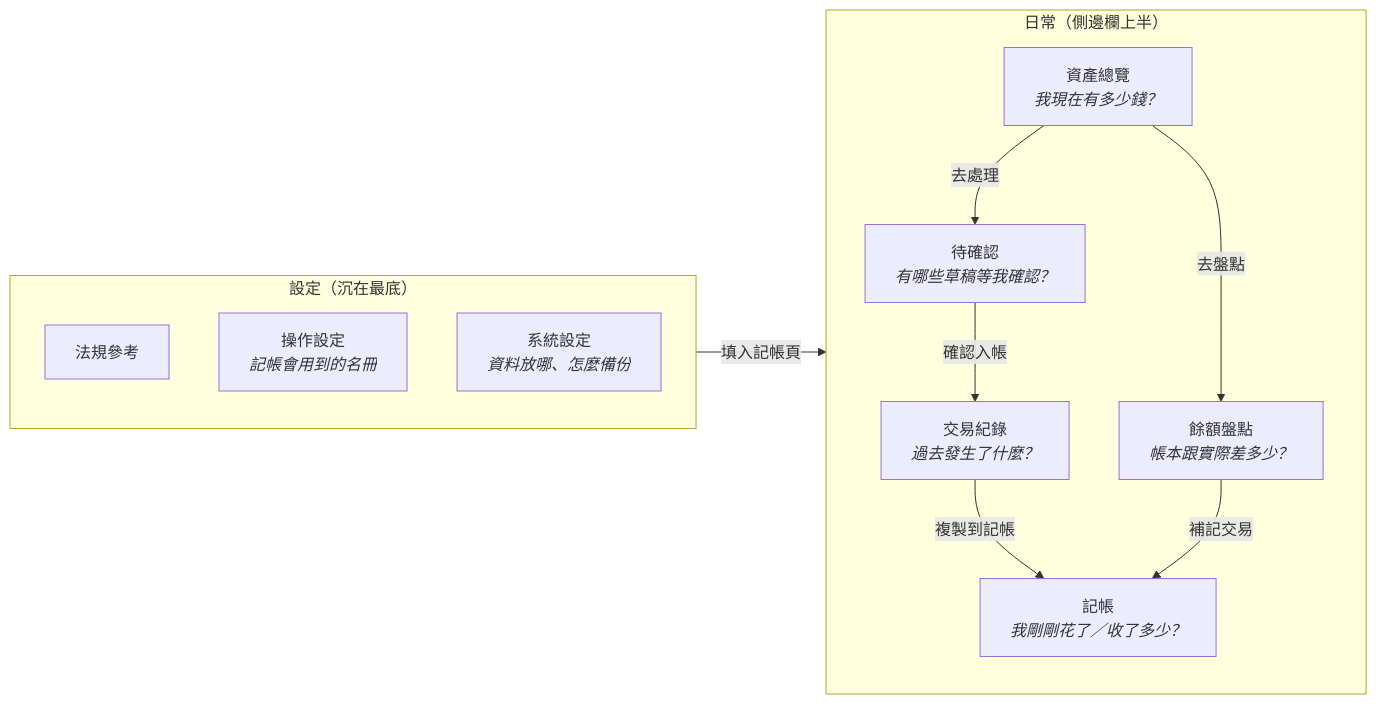
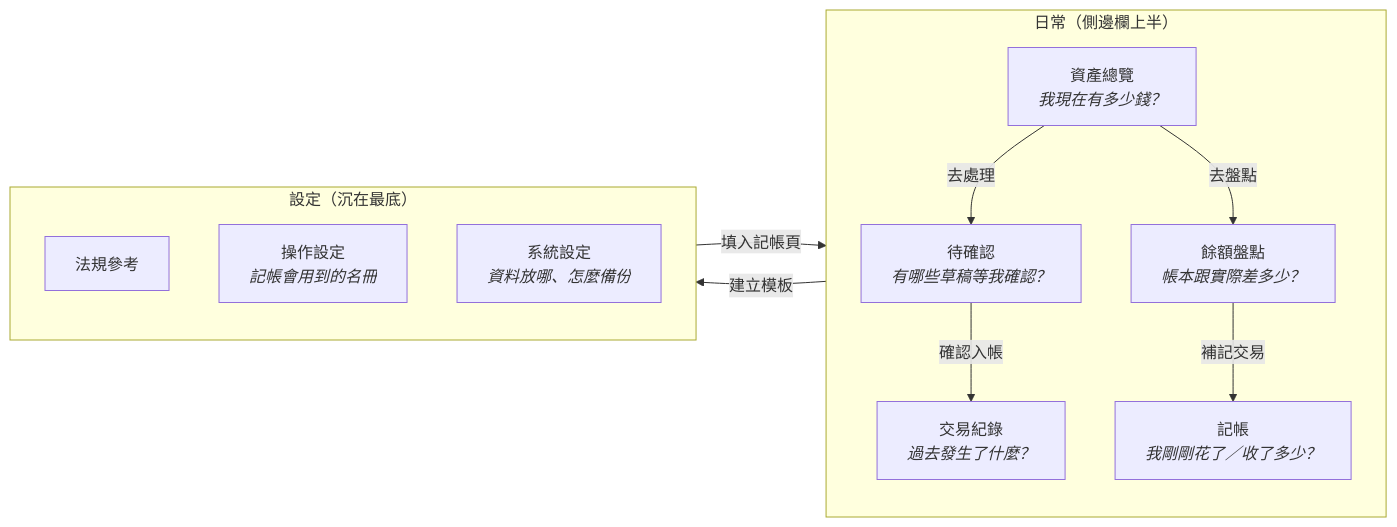
The first of 3 diagrams in docs/architecture/ui-workflows.md (SpringRain555/tagcor-ledger), drawn with Mermaid before and after one commit. The commit also changed other lines of this file and 14 other files, not shown here.

````diff
--- a/docs/architecture/ui-workflows.md
+++ b/docs/architecture/ui-workflows.md
@@ -27,23 +27,23 @@
 ```mermaid
 flowchart LR
     subgraph 日常["日常（側邊欄上半）"]
         direction TB
         A["資產總覽<br/><i>我現在有多少錢？</i>"]
         B["記帳<br/><i>我剛剛花了／收了多少？</i>"]
         C["待確認<br/><i>有哪些草稿等我確認？</i>"]
         D["交易紀錄<br/><i>過去發生了什麼？</i>"]
         E["餘額盤點<br/><i>帳本跟實際差多少？</i>"]
     end
     subgraph 設定["設定（沉在最底）"]
         direction TB
         F["法規參考"]
         G["操作設定<br/><i>記帳會用到的名冊</i>"]
         H["系統設定<br/><i>資料放哪、怎麼備份</i>"]
     end
     A -->|去處理| C
     A -->|去盤點| E
     C -->|確認入帳| D
-    D -->|複製到記帳| B
+    D -->|建立模板| G
     E -->|補記交易| B
     G -->|填入記帳頁| B
 ```
````
